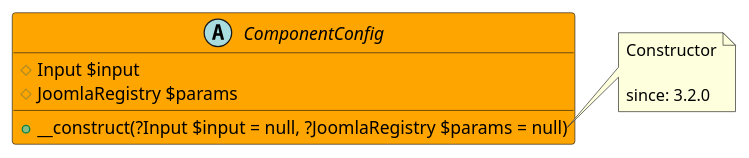
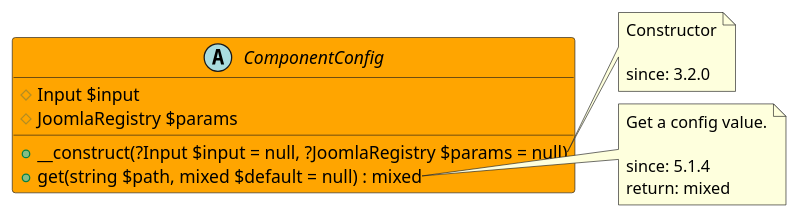
Before and after one commit to joomengine/super-powers: the diagram in src/9769f3b2-17bf-4f20-b54b-3a4ebe572b36/README.md, drawn with PlantUML. The commit also changed 6 other files, not shown here.

````diff
--- a/src/9769f3b2-17bf-4f20-b54b-3a4ebe572b36/README.md
+++ b/src/9769f3b2-17bf-4f20-b54b-3a4ebe572b36/README.md
@@ -6,17 +6,25 @@
 ```uml
 @startuml
 
 abstract ComponentConfig  #Orange {
   # Input $input
   # JoomlaRegistry $params
   + __construct(?Input $input = null, ?JoomlaRegistry $params = null)
+  + get(string $path, mixed $default = null) : mixed
 }
 
 note right of ComponentConfig::__construct
   Constructor
 
   since: 3.2.0
 end note
 
+note right of ComponentConfig::get
+  Get a config value.
+
+  since: 5.1.4
+  return: mixed
+end note
+
 @enduml
 ```
````
